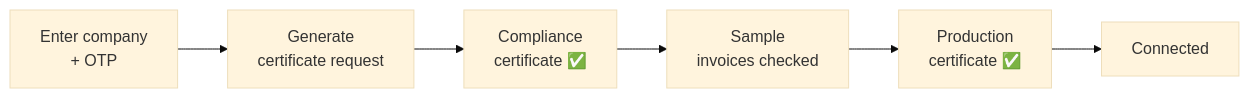
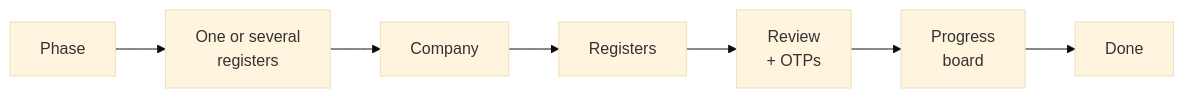
The diagram in docs/onboarding/user-guide.md (itsystematic/optima_zatca), drawn with Mermaid (base theme) before and after one commit. The commit also changed other lines of this file and 5 other files, not shown here.

````diff
--- a/docs/onboarding/user-guide.md
+++ b/docs/onboarding/user-guide.md
@@ -61,8 +53,9 @@
 ```mermaid
 flowchart LR
-    A["Enter company<br/>+ OTP"] --> B["Generate<br/>certificate request"]
-    B --> C["Compliance<br/>certificate ✅"]
-    C --> D["Sample<br/>invoices checked"]
-    D --> E["Production<br/>certificate ✅"]
-    E --> F["Connected"]
+    A["Phase"] --> B["One or several<br/>registers"]
+    B --> C["Company"]
+    C --> D["Registers"]
+    D --> E["Review<br/>+ OTPs"]
+    E --> F["Progress<br/>board"]
+    F --> G["Done"]
 ```
````
